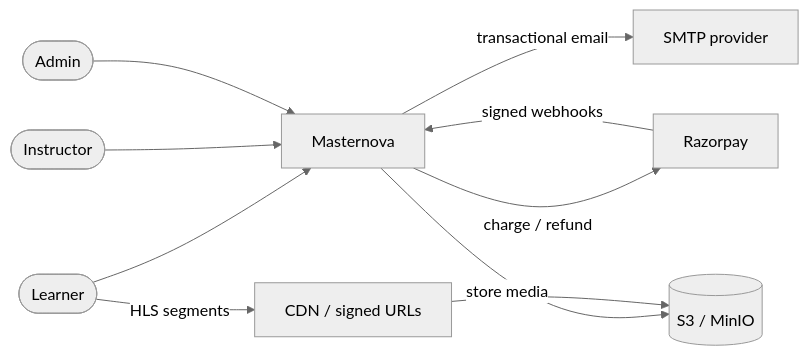
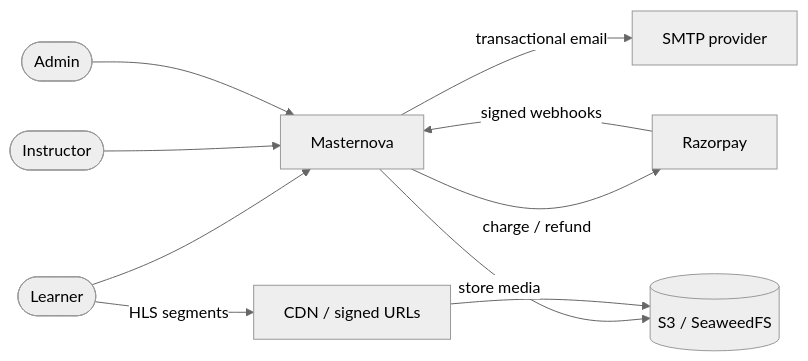
The first of 3 diagrams in docs/hld/01-architecture.md (b-nimai/Masternova-Spring), drawn with Mermaid (neutral theme) before and after one commit. The commit also changed other lines of this file and 14 other files, not shown here.

First line of the commit message:
docs(media): 7.1 media + video-pipeline LLDs, ADRs 0012-0014, SeaweedFS replaces MinIO

````diff
--- a/docs/hld/01-architecture.md
+++ b/docs/hld/01-architecture.md
@@ -7,12 +7,12 @@
 ```mermaid
 flowchart LR
   learner([Learner]) --> mn[Masternova]
   instructor([Instructor]) --> mn
   admin([Admin]) --> mn
   mn -- charge / refund --> pay[Razorpay]
   pay -- signed webhooks --> mn
   mn -- transactional email --> smtp[SMTP provider]
-  mn -- store media --> s3[(S3 / MinIO)]
+  mn -- store media --> s3[(S3 / SeaweedFS)]
   learner -- HLS segments --> cdn[CDN / signed URLs]
   cdn --> s3
 ```
````
